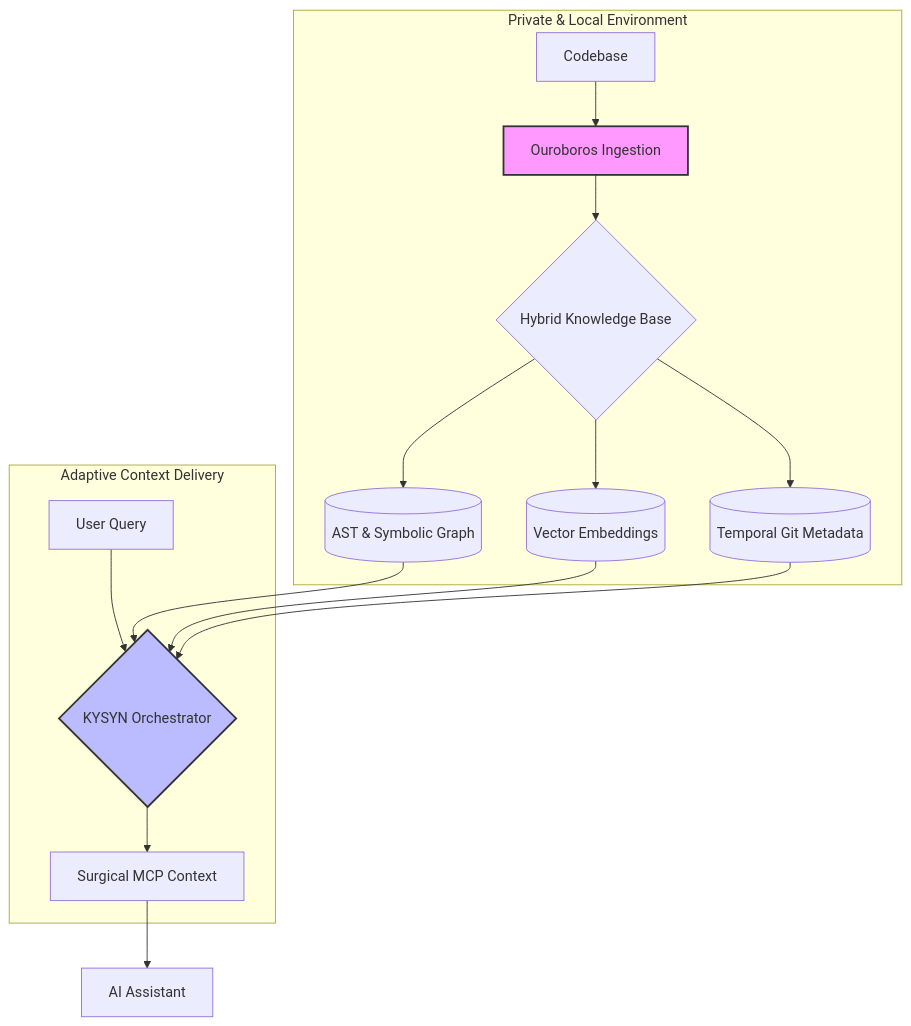
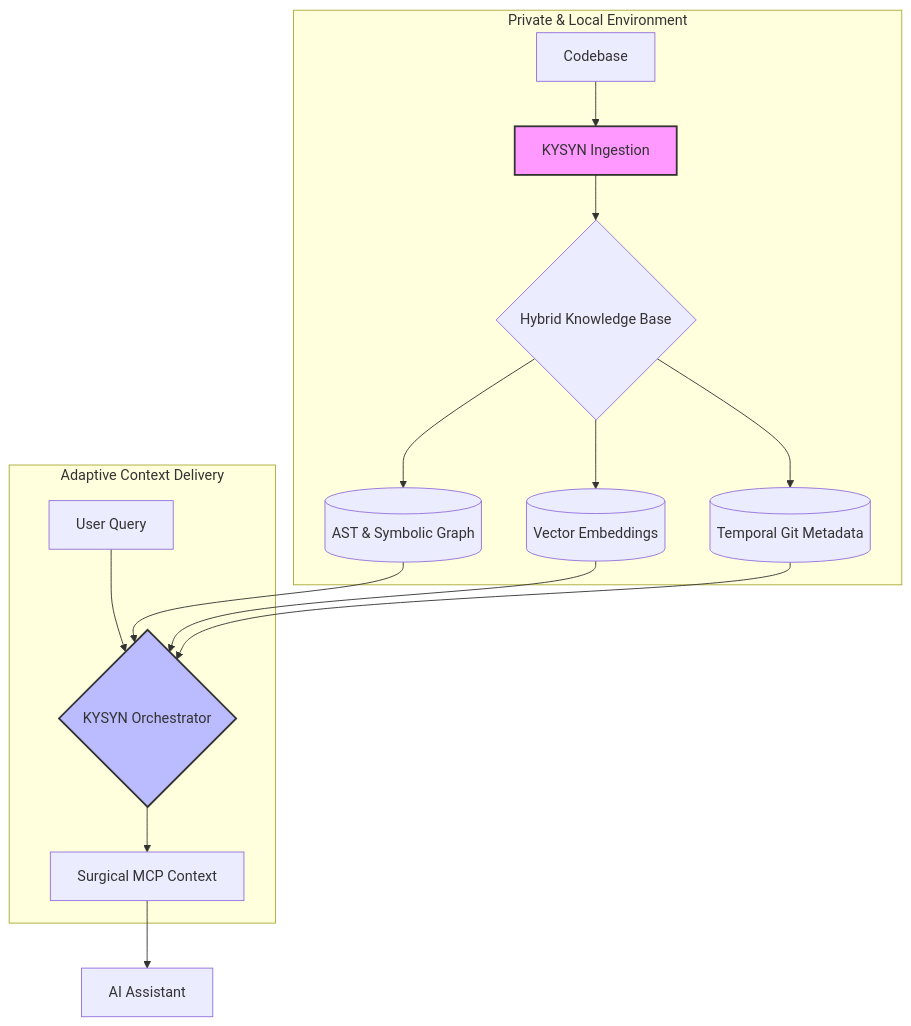
One commit to buildwiserevenue/kysyn-community changed the diagram in README.md. Above: the diagram before and after it, drawn with Mermaid. The commit also changed other lines of this file, not shown here.

````diff
--- a/README.md
+++ b/README.md
@@ -73,23 +76,23 @@
 ```mermaid
 
 graph TD
     subgraph Local_Infrastructure [Private & Local Environment]
-        A[Codebase] --> B[Ouroboros Ingestion]
+        A[Codebase] --> B[KYSYN Ingestion]
         B --> C{Hybrid Knowledge Base}
         C --> D[(AST & Symbolic Graph)]
         C --> E[(Vector Embeddings)]
         C --> F[(Temporal Git Metadata)]
     end
 
     subgraph Intelligence_Layer [Adaptive Context Delivery]
         G[User Query] --> H{KYSYN Orchestrator}
         D & E & F --> H
         H --> I[Surgical MCP Context]
     end
 
     I --> J[AI Assistant]
 
     style B fill:#f9f,stroke:#333,stroke-width:2px
     style H fill:#bbf,stroke:#333,stroke-width:2px
     
 ```
````
